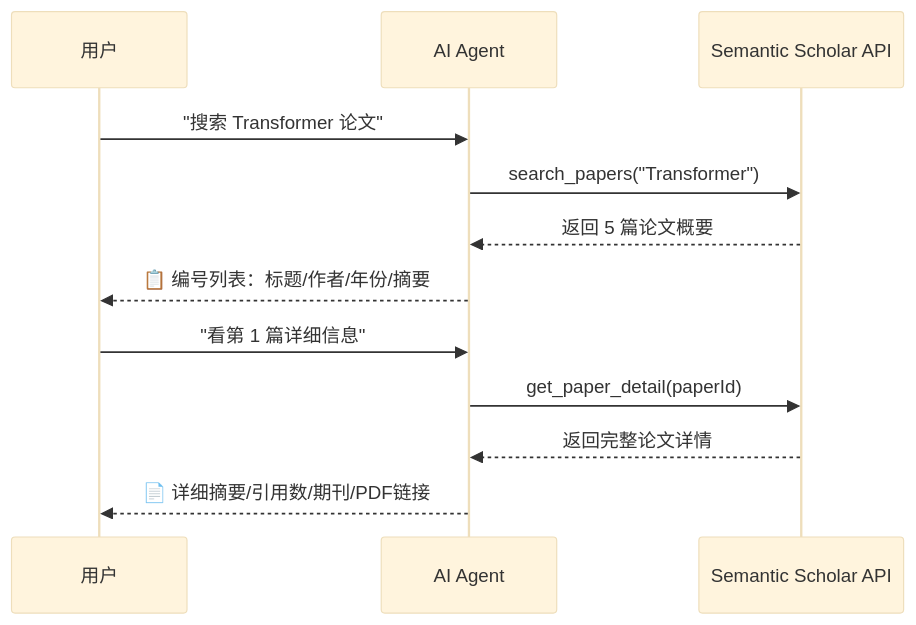
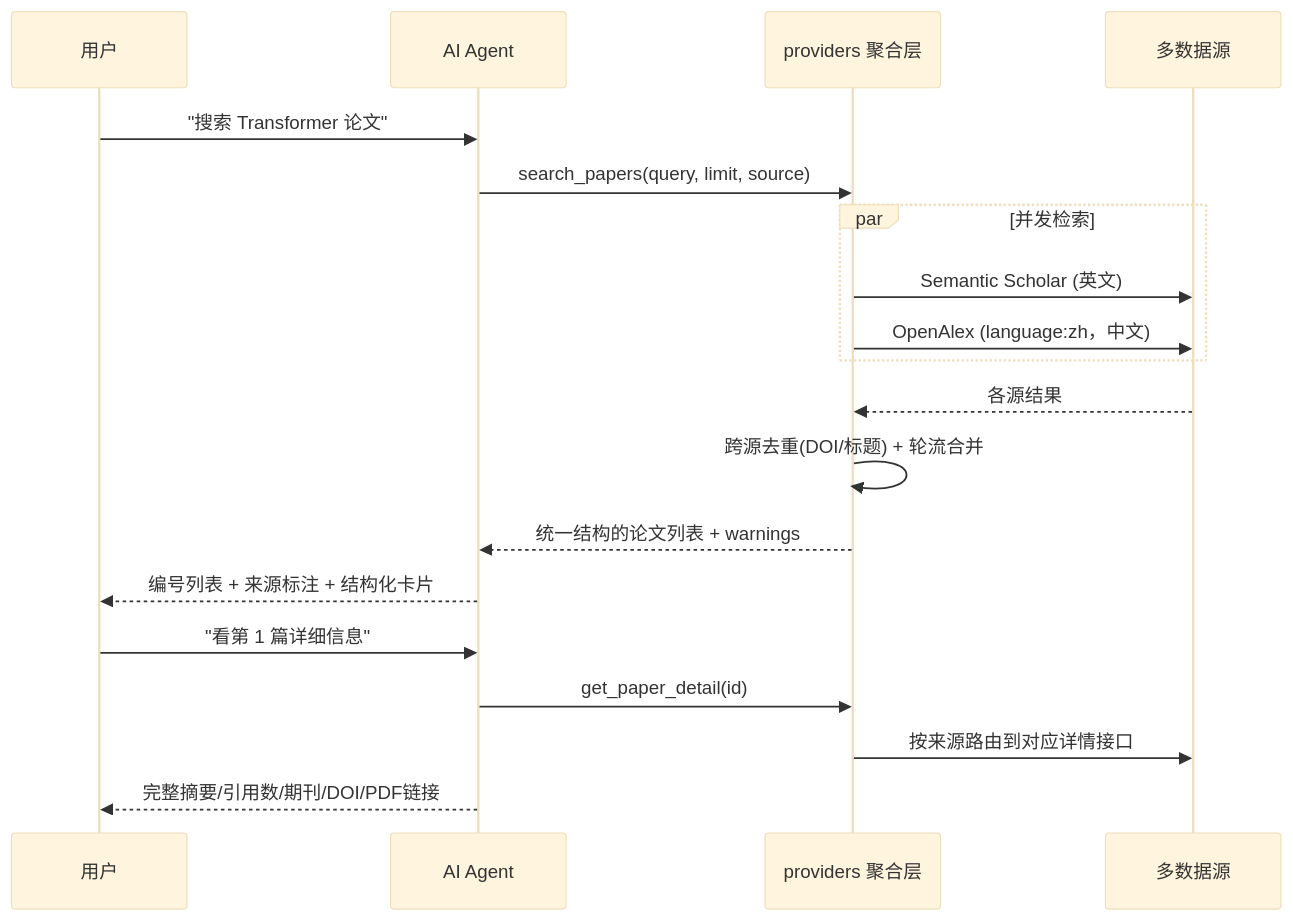
The diagram in README.md (awsl2580/paper-searching), drawn with Mermaid (base theme) before and after one commit. The commit also changed other lines of this file and 11 other files, not shown here.

````diff
--- a/README.md
+++ b/README.md
@@ -17,16 +74,23 @@
 ```mermaid
 sequenceDiagram
     participant U as 用户
     participant A as AI Agent
-    participant S as Semantic Scholar API
+    participant P as providers 聚合层
+    participant S as 多数据源
 
     U->>A: "搜索 Transformer 论文"
-    A->>S: search_papers("Transformer")
-    S-->>A: 返回 5 篇论文概要
-    A-->>U: 📋 编号列表：标题/作者/年份/摘要
+    A->>P: search_papers(query, limit, source)
+    par 并发检索
+        P->>S: Semantic Scholar (英文)
+        P->>S: OpenAlex (language:zh，中文)
+    end
+    S-->>P: 各源结果
+    P->>P: 跨源去重(DOI/标题) + 轮流合并
+    P-->>A: 统一结构的论文列表 + warnings
+    A-->>U: 编号列表 + 来源标注 + 结构化卡片
 
     U->>A: "看第 1 篇详细信息"
-    A->>S: get_paper_detail(paperId)
-    S-->>A: 返回完整论文详情
-    A-->>U: 📄 详细摘要/引用数/期刊/PDF链接
+    A->>P: get_paper_detail(id)
+    P->>S: 按来源路由到对应详情接口
+    A-->>U: 完整摘要/引用数/期刊/DOI/PDF链接
 ```
````
